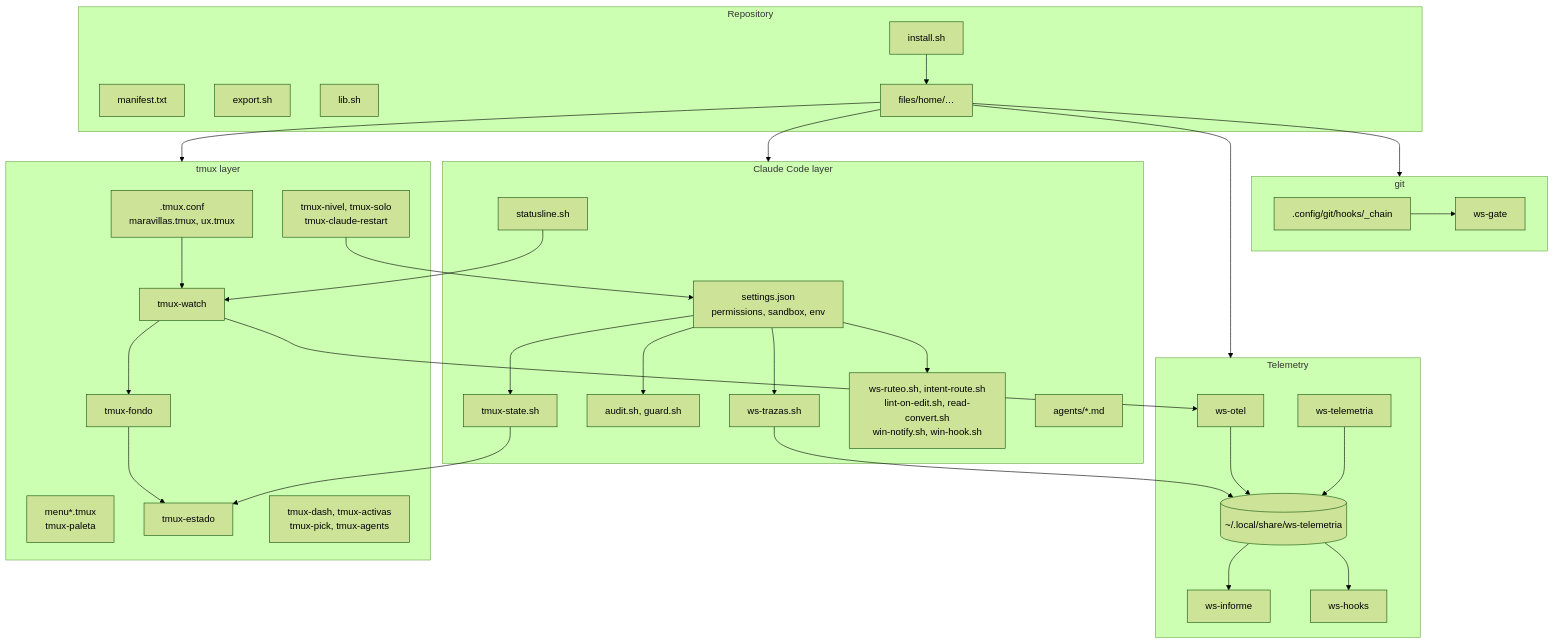
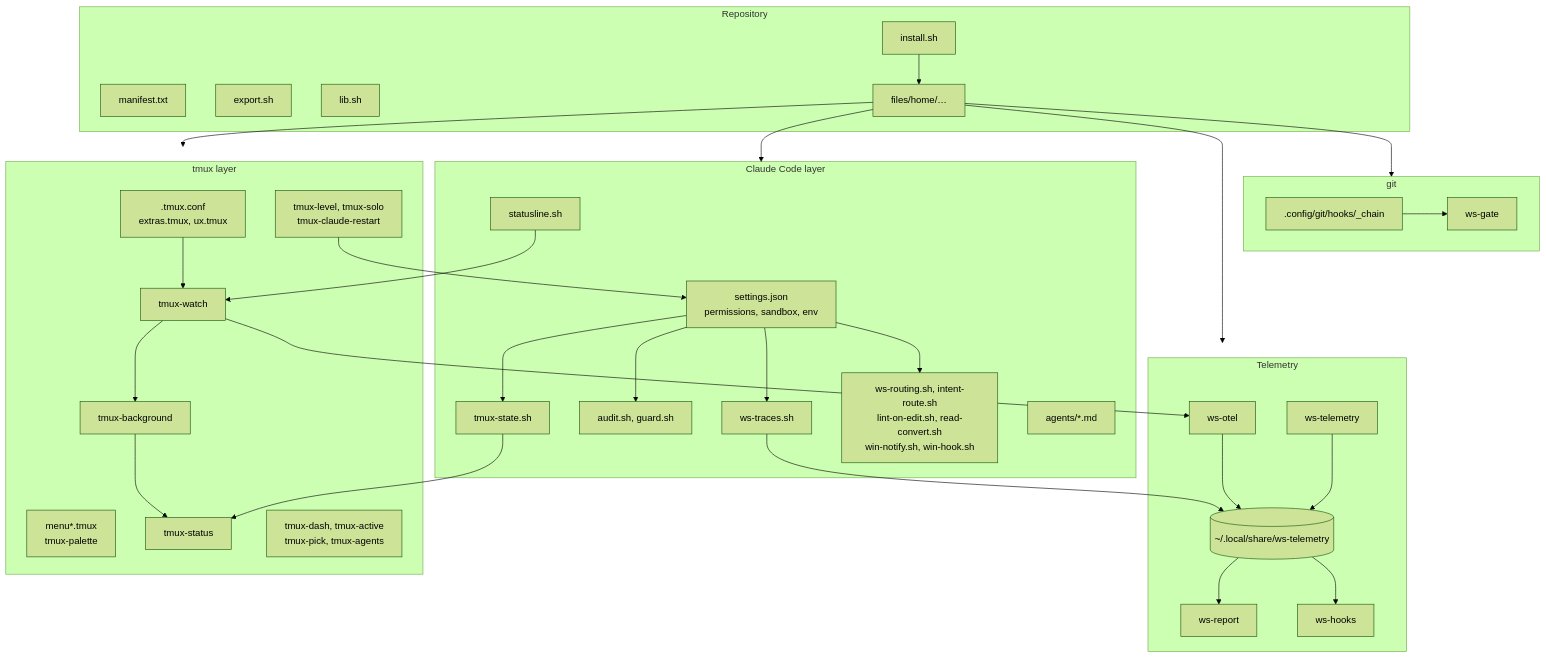
One commit to andreshma/claude-workstation changed the third of 10 diagrams in docs/DIAGRAMS.md. Above: the diagram before and after it, drawn with Mermaid (forest theme). The commit also changed other lines of this file and 226 other files, not shown here.

````diff
--- a/docs/DIAGRAMS.md
+++ b/docs/DIAGRAMS.md
@@ -102,56 +102,56 @@
 ```mermaid
 flowchart TB
   subgraph kit["Repository"]
     manifest["manifest.txt"]
     exp["export.sh"]
     inst["install.sh"]
     lib["lib.sh"]
     payload["files/home/…"]
   end
 
   subgraph tmuxl["tmux layer"]
-    conf[".tmux.conf<br/>maravillas.tmux, ux.tmux"]
-    menus["menu*.tmux<br/>tmux-paleta"]
+    conf[".tmux.conf<br/>extras.tmux, ux.tmux"]
+    menus["menu*.tmux<br/>tmux-palette"]
     watch["tmux-watch"]
-    fondo["tmux-fondo"]
-    estado["tmux-estado"]
-    views["tmux-dash, tmux-activas<br/>tmux-pick, tmux-agents"]
-    levels["tmux-nivel, tmux-solo<br/>tmux-claude-restart"]
+    bg["tmux-background"]
+    status["tmux-status"]
+    views["tmux-dash, tmux-active<br/>tmux-pick, tmux-agents"]
+    levels["tmux-level, tmux-solo<br/>tmux-claude-restart"]
   end
 
   subgraph claudel["Claude Code layer"]
     settings["settings.json<br/>permissions, sandbox, env"]
     state["tmux-state.sh"]
     guard["audit.sh, guard.sh"]
-    trazas["ws-trazas.sh"]
-    other["ws-ruteo.sh, intent-route.sh<br/>lint-on-edit.sh, read-convert.sh<br/>win-notify.sh, win-hook.sh"]
+    traces["ws-traces.sh"]
+    other["ws-routing.sh, intent-route.sh<br/>lint-on-edit.sh, read-convert.sh<br/>win-notify.sh, win-hook.sh"]
     sl["statusline.sh"]
     agents["agents/*.md"]
   end
 
   subgraph telem["Telemetry"]
     otel["ws-otel"]
-    wst["ws-telemetria"]
-    informe["ws-informe"]
+    wst["ws-telemetry"]
+    report["ws-report"]
     hooksum["ws-hooks"]
-    data[("~/.local/share/ws-telemetria")]
+    data[("~/.local/share/ws-telemetry")]
   end
 
   subgraph gitl["git"]
     chain[".config/git/hooks/_chain"]
     gate["ws-gate"]
   end
 
   inst --> payload --> tmuxl & claudel & telem & gitl
-  conf --> watch --> fondo --> estado
+  conf --> watch --> bg --> status
   watch --> otel
-  settings --> state & guard & trazas & other
-  state --> estado
+  settings --> state & guard & traces & other
+  state --> status
   sl --> watch
-  trazas --> data
+  traces --> data
   otel --> data
   wst --> data
-  data --> informe & hooksum
+  data --> report & hooksum
   levels --> settings
   chain --> gate
 ```
````
